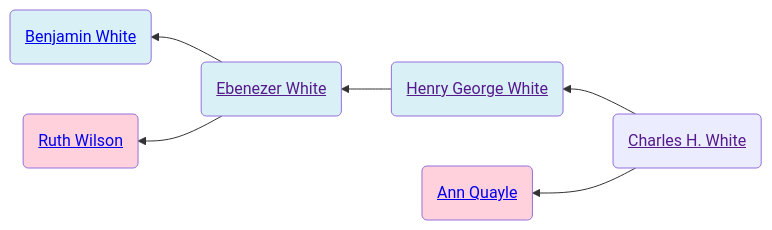
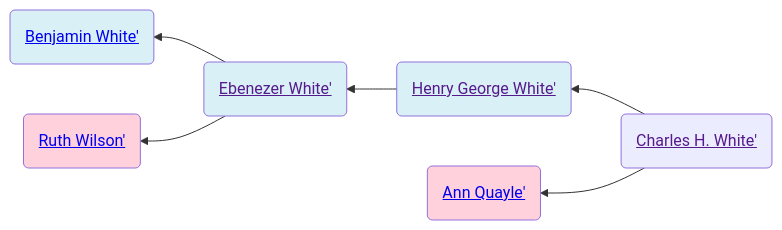
Before and after one commit to neelsmith/avocational: the diagram in familyhistory/sources/people/Merrill-line/White-line/Charles_H._White.qmd, drawn with Mermaid. The commit also changed 102 other files, not shown here.

````diff
--- a/familyhistory/sources/people/Merrill-line/White-line/Charles_H._White.qmd
+++ b/familyhistory/sources/people/Merrill-line/White-line/Charles_H._White.qmd
@@ -19,18 +19,18 @@
 ```{mermaid}
 graph RL
 %% RL ancestor diagram
-Charles_H._White(<a href=''>Charles H. White</>) -->  Henry_George_White(<a href='./Henry_George_White.html'>Henry George White</>)
-Henry_George_White(<a href=''>Henry George White</>) -->  Ebenezer_White(<a href='./Ebenezer_White.html'>Ebenezer White</>)
-Ebenezer_White(<a href=''>Ebenezer White</>) -->  Benjamin_White(<a href='./Benjamin_White.html'>Benjamin White</>)
+Charles_H._White(<a href=''>Charles H. White'</>) -->  Henry_George_White(<a href='./Henry_George_White.html'>Henry George White'</>)
+Henry_George_White(<a href=''>Henry George White'</>) -->  Ebenezer_White(<a href='./Ebenezer_White.html'>Ebenezer White'</>)
+Ebenezer_White(<a href=''>Ebenezer White'</>) -->  Benjamin_White(<a href='./Benjamin_White.html'>Benjamin White'</>)
 class Benjamin_White father
-Ebenezer_White(<a href=''>Ebenezer White</>)  --> Ruth_Wilson(<a href='./Wilson-line/Ruth_Wilson.html'>Ruth Wilson</>)
+Ebenezer_White(<a href=''>Ebenezer White'</>)  --> Ruth_Wilson(<a href='./Wilson-line/Ruth_Wilson.html'>Ruth Wilson'</>)
 class Ruth_Wilson mother
 class Ebenezer_White father
 class Henry_George_White father
-Charles_H._White(<a href=''>Charles H. White</>)  --> Ann_Quayle(<a href='./Ann_Quayle.html'>Ann Quayle</>)
+Charles_H._White(<a href=''>Charles H. White'</>)  --> Ann_Quayle(<a href='./Ann_Quayle.html'>Ann Quayle'</>)
 class Ann_Quayle mother
 classDef mother fill:#ffd1dc
 classDef father fill:#daf0f7  
 classDef marriage fill:#ffffff
 
 ```
````
